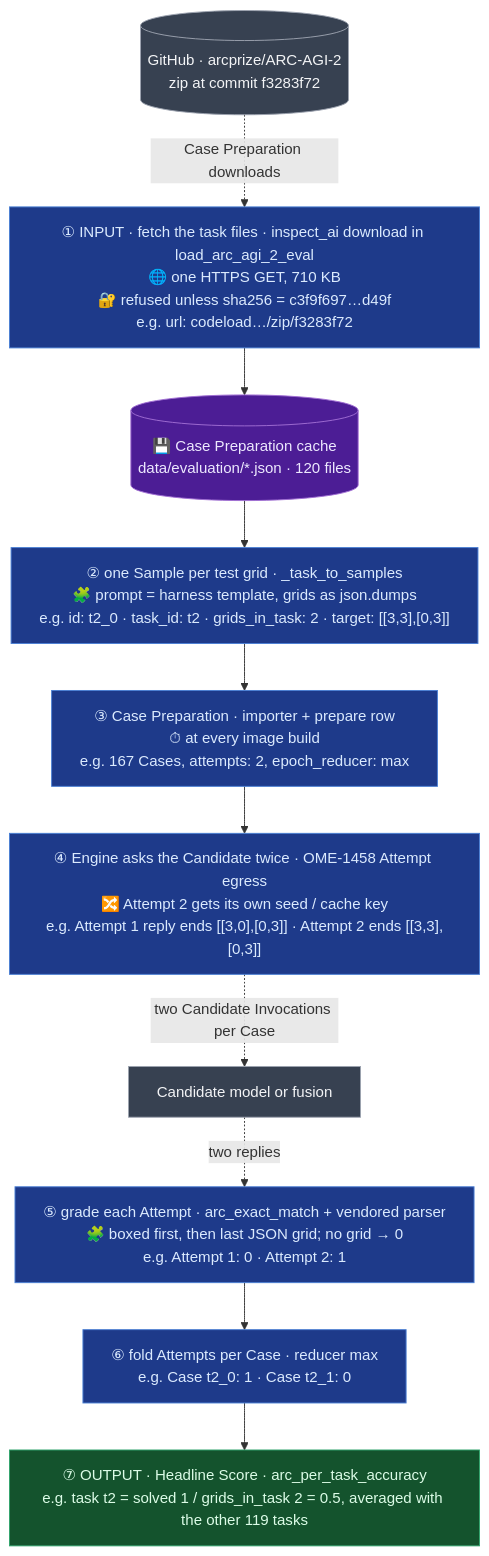
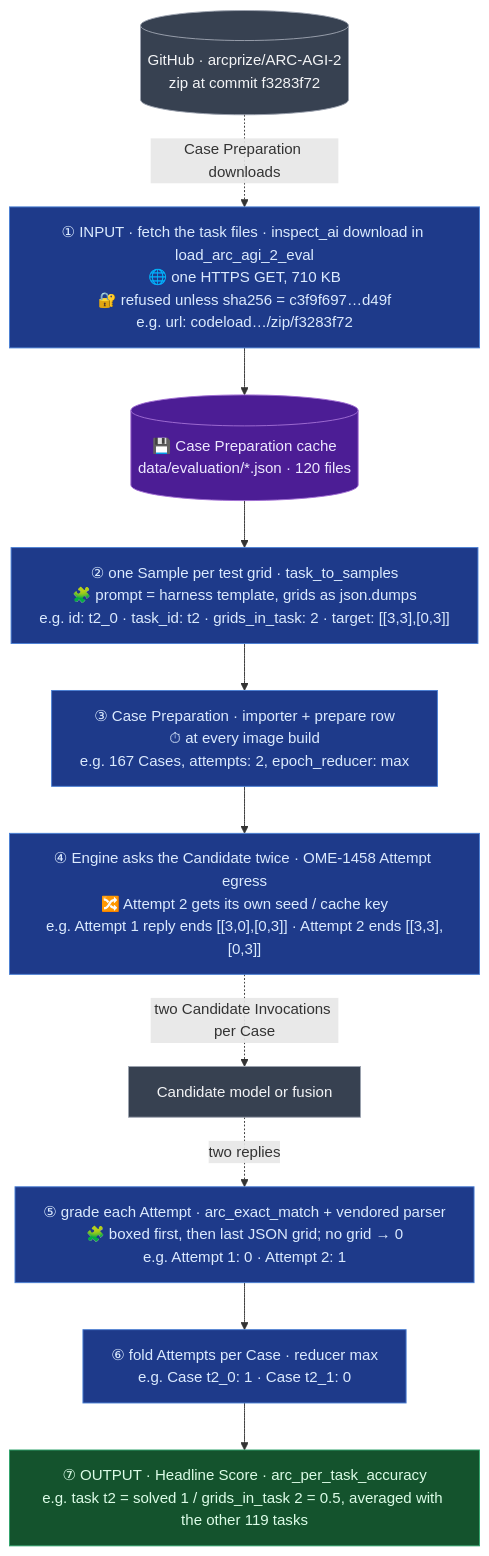
The second of 3 diagrams in docs/spec/2026-10-12-OME-1476-arc-agi-2.md (ScreamingFace/screamingface), drawn with Mermaid before and after one commit. The commit also changed other lines of this file, not shown here.

First line of the commit message:
docs(screamingface-engine): match the ARC-AGI-2 spec's diagrams and D4 to the built code (OME-1476)

````diff
--- a/docs/spec/2026-10-12-OME-1476-arc-agi-2.md
+++ b/docs/spec/2026-10-12-OME-1476-arc-agi-2.md
@@ -101,23 +101,23 @@
 ```mermaid
 %%{init: {"flowchart": {"wrappingWidth": 440}}}%%
 flowchart TB
   gh[("GitHub · arcprize/ARC-AGI-2<br/>zip at commit f3283f72")]:::plain
   s1["① INPUT · fetch the task files · inspect_ai download in load_arc_agi_2_eval<br/>🌐 one HTTPS GET, 710 KB<br/>🔐 refused unless sha256 = c3f9f697…d49f<br/>e.g. url: codeload…/zip/f3283f72"]:::stage
   z1[("💾 Case Preparation cache<br/>data/evaluation/*.json · 120 files")]:::data
-  s2["② one Sample per test grid · _task_to_samples<br/>🧩 prompt = harness template, grids as json.dumps<br/>e.g. id: t2_0 · task_id: t2 · grids_in_task: 2 · target: [[3,3],[0,3]]"]:::stage
+  s2["② one Sample per test grid · task_to_samples<br/>🧩 prompt = harness template, grids as json.dumps<br/>e.g. id: t2_0 · task_id: t2 · grids_in_task: 2 · target: [[3,3],[0,3]]"]:::stage
   s3["③ Case Preparation · importer + prepare row<br/>⏱ at every image build<br/>e.g. 167 Cases, attempts: 2, epoch_reducer: max"]:::stage
   m1["④ Engine asks the Candidate twice · OME-1458 Attempt egress<br/>🔀 Attempt 2 gets its own seed / cache key<br/>e.g. Attempt 1 reply ends [[3,0],[0,3]] · Attempt 2 ends [[3,3],[0,3]]"]:::stage
   cand["Candidate model or fusion"]:::plain
   s5["⑤ grade each Attempt · arc_exact_match + vendored parser<br/>🧩 boxed first, then last JSON grid; no grid → 0<br/>e.g. Attempt 1: 0 · Attempt 2: 1"]:::stage
   s6["⑥ fold Attempts per Case · reducer max<br/>e.g. Case t2_0: 1 · Case t2_1: 0"]:::stage
   s7["⑦ OUTPUT · Headline Score · arc_per_task_accuracy<br/>e.g. task t2 = solved 1 / grids_in_task 2 = 0.5, averaged with the other 119 tasks"]:::good
   gh -.->|"Case Preparation downloads"| s1
   s1 --> z1 --> s2 --> s3 --> m1
   m1 -.->|"two Candidate Invocations per Case"| cand
   cand -.->|"two replies"| s5
   s5 --> s6 --> s7
   classDef stage fill:#1e3a8a,stroke:#4a7fd4,color:#dbeafe
   classDef data  fill:#4c1d95,stroke:#a06ed4,color:#ede9fe
   classDef good  fill:#14532d,stroke:#30a46c,color:#dcfce7
   classDef plain fill:#374151,stroke:#9ca3af,color:#f3f4f6
 ```
````
